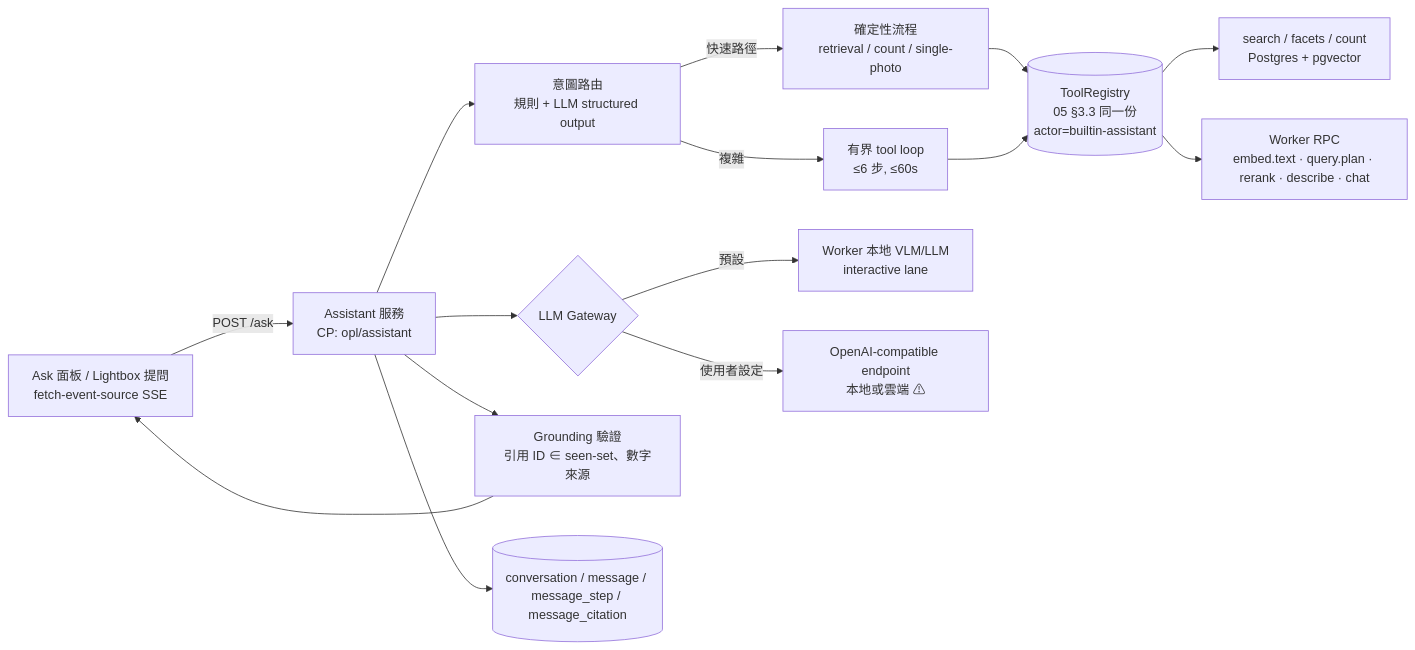
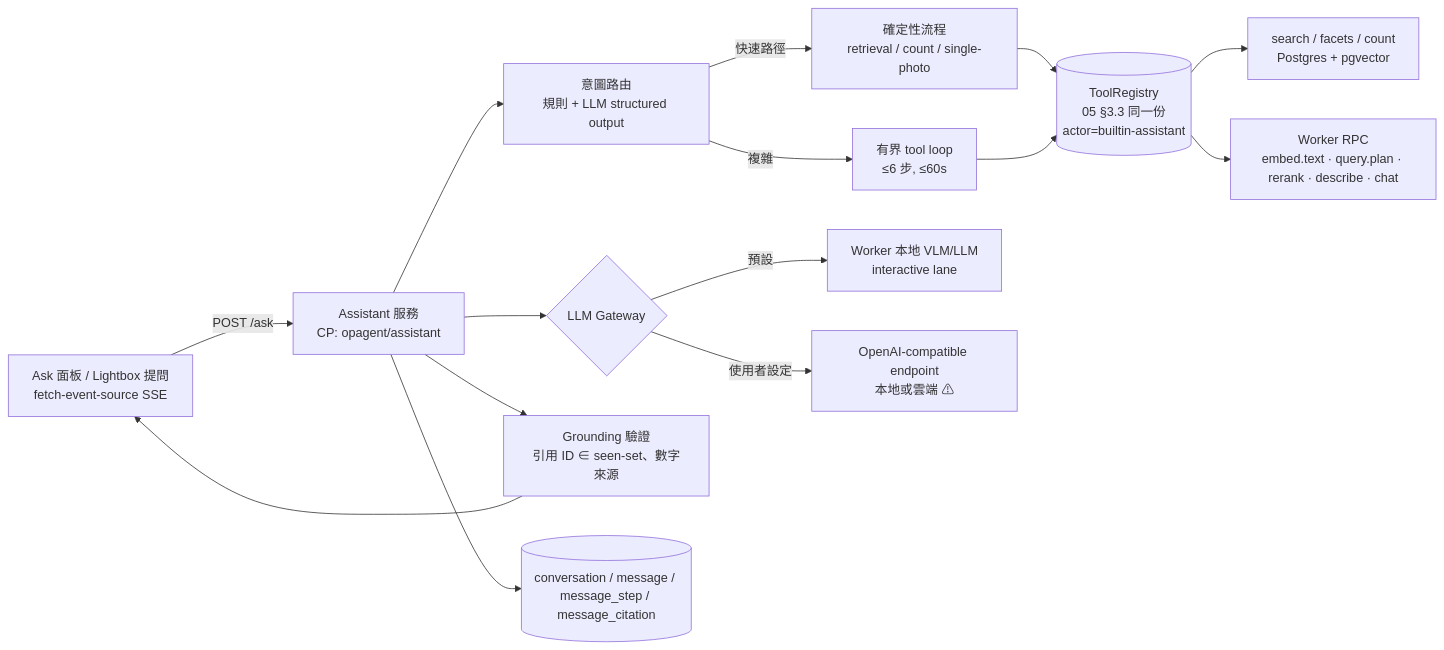
Before and after one commit to romanticamaj/openphotoagent: the diagram in docs/10-photo-viewer-and-ask-ai.md, drawn with Mermaid. The commit also changed other lines of this file and 13 other files, not shown here.

First line of the commit message:
docs: feature coverage review; reconcile specs, roadmap, CLI name opagent

````diff
--- a/docs/10-photo-viewer-and-ask-ai.md
+++ b/docs/10-photo-viewer-and-ask-ai.md
@@ -577,16 +579,16 @@
 ```mermaid
 flowchart LR
-  UI[Ask 面板 / Lightbox 提問<br/>fetch-event-source SSE] -->|POST /ask| AS[Assistant 服務<br/>CP: opl/assistant]
+  UI[Ask 面板 / Lightbox 提問<br/>fetch-event-source SSE] -->|POST /ask| AS[Assistant 服務<br/>CP: opagent/assistant]
   AS --> IR[意圖路由<br/>規則 + LLM structured output]
   IR -->|快速路徑| FP[確定性流程<br/>retrieval / count / single-photo]
   IR -->|複雜| TL[有界 tool loop<br/>≤6 步, ≤60s]
   FP & TL --> TR[(ToolRegistry<br/>05 §3.3 同一份<br/>actor=builtin-assistant)]
   TR --> SE[search / facets / count<br/>Postgres + pgvector]
   TR --> W[Worker RPC<br/>embed.text · query.plan · rerank · describe · chat]
   AS --> LLM{LLM Gateway}
   LLM -->|預設| WL[Worker 本地 VLM/LLM<br/>interactive lane]
   LLM -->|使用者設定| EXT[OpenAI-compatible endpoint<br/>本地或雲端 ⚠]
   AS --> GD[Grounding 驗證<br/>引用 ID ∈ seen-set、數字來源]
   GD --> UI
   AS --> DB[(conversation / message / message_step / message_citation)]
 ```
````
